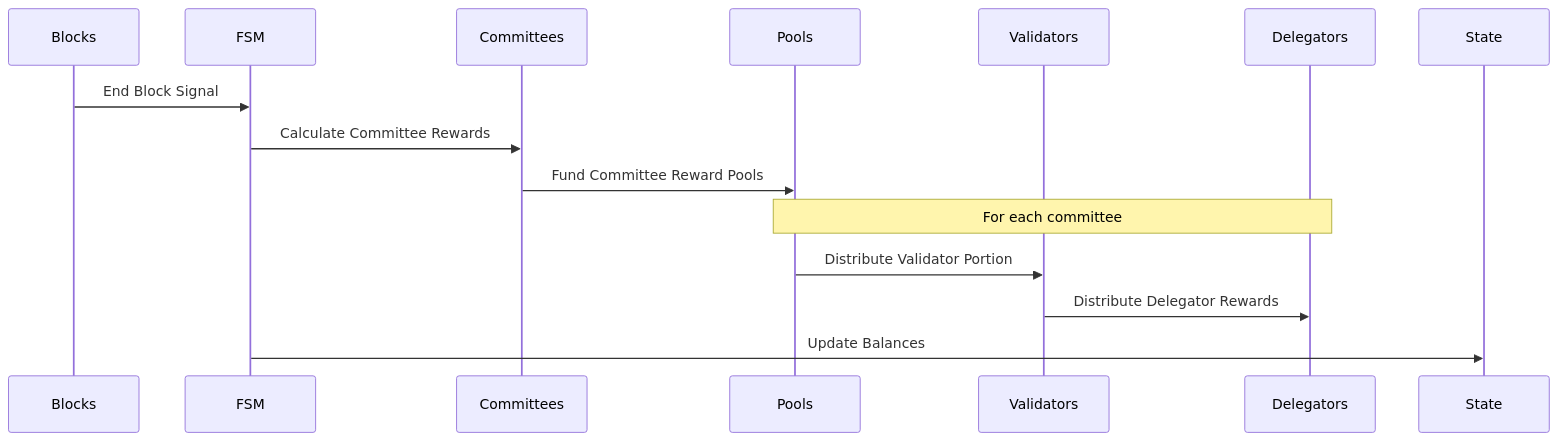
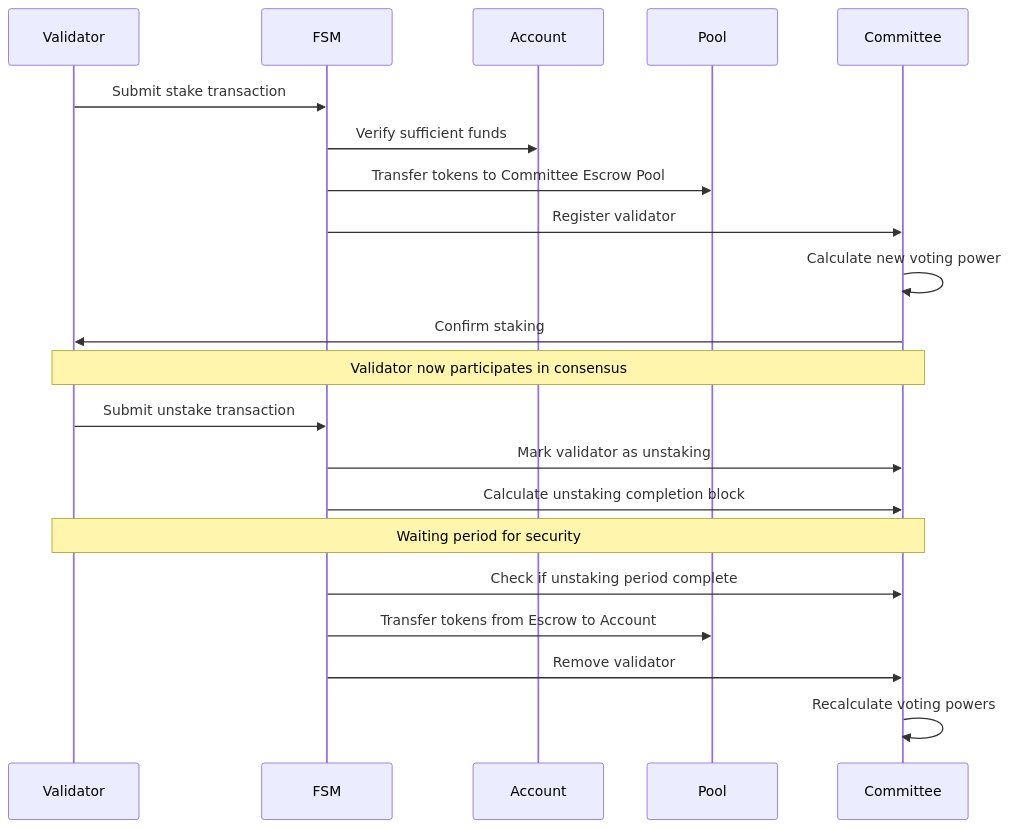
The third of 4 diagrams in fsm/README.claude.md (rem1niscence/canopy), drawn with Mermaid before and after one commit. The commit also changed other lines of this file, not shown here.

````diff
--- a/fsm/README.claude.md
+++ b/fsm/README.claude.md
@@ -299,19 +403,28 @@
 ```mermaid
 sequenceDiagram
-    participant Blocks
+    participant Validator
     participant FSM
-    participant Committees
-    participant Pools
-    participant Validators
-    participant Delegators
+    participant Account
+    participant Pool
+    participant Committee
     
-    Blocks->>FSM: End Block Signal
-    FSM->>Committees: Calculate Committee Rewards
-    Committees->>Pools: Fund Committee Reward Pools
+    Validator->>FSM: Submit stake transaction
+    FSM->>Account: Verify sufficient funds
+    FSM->>Pool: Transfer tokens to Committee Escrow Pool
+    FSM->>Committee: Register validator
+    Committee->>Committee: Calculate new voting power
+    Committee->>Validator: Confirm staking
     
-    Note over Pools,Delegators: For each committee
-    Pools->>Validators: Distribute Validator Portion
-    Validators->>Delegators: Distribute Delegator Rewards
+    Note over Validator,Committee: Validator now participates in consensus
     
-    FSM->>State: Update Balances
+    Validator->>FSM: Submit unstake transaction
+    FSM->>Committee: Mark validator as unstaking
+    FSM->>Committee: Calculate unstaking completion block
+    
+    Note over Validator,Committee: Waiting period for security
+    
+    FSM->>Committee: Check if unstaking period complete
+    FSM->>Pool: Transfer tokens from Escrow to Account
+    FSM->>Committee: Remove validator
+    Committee->>Committee: Recalculate voting powers
 ```
````
